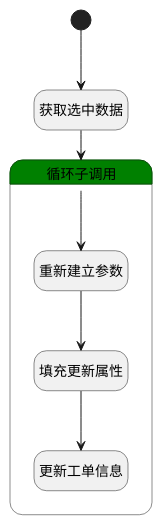
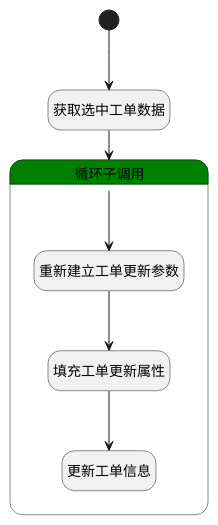
One commit to iBizLab/plm changed the diagram in doc/docsify/module/ProdMgmt/customer/logic/customer_choose_ticket.md. Above: the diagram before and after it, drawn with PlantUML. The commit also changed other lines of this file and 1068 other files, not shown here.

````diff
--- a/doc/docsify/module/ProdMgmt/customer/logic/customer_choose_ticket.md
+++ b/doc/docsify/module/ProdMgmt/customer/logic/customer_choose_ticket.md
@@ -7,28 +7,28 @@
 ```plantuml
 @startuml
 hide empty description
 <style>
 root {
   HyperlinkColor #42b983
 }
 </style>
 
 hide empty description
 state "开始" as Begin <<start>> [[$./customer_choose_ticket#begin {"开始"}]]
-state "获取选中数据" as PREPAREPARAM1  [[$./customer_choose_ticket#prepareparam1 {"获取选中数据"}]]
+state "获取选中工单数据" as PREPAREPARAM1  [[$./customer_choose_ticket#prepareparam1 {"获取选中工单数据"}]]
 state "循环子调用" as LOOPSUBCALL1  [[$./customer_choose_ticket#loopsubcall1 {"循环子调用"}]] #green {
-state "重新建立参数" as RENEWPARAM1  [[$./customer_choose_ticket#renewparam1 {"重新建立参数"}]]
-state "填充更新属性" as PREPAREPARAM2  [[$./customer_choose_ticket#prepareparam2 {"填充更新属性"}]]
+state "重新建立工单更新参数" as RENEWPARAM1  [[$./customer_choose_ticket#renewparam1 {"重新建立工单更新参数"}]]
+state "填充工单更新属性" as PREPAREPARAM2  [[$./customer_choose_ticket#prepareparam2 {"填充工单更新属性"}]]
 state "更新工单信息" as DEACTION1  [[$./customer_choose_ticket#deaction1 {"更新工单信息"}]]
 }
 
 
 Begin --> PREPAREPARAM1
 PREPAREPARAM1 --> LOOPSUBCALL1
 LOOPSUBCALL1 --> RENEWPARAM1
 RENEWPARAM1 --> PREPAREPARAM2
 PREPAREPARAM2 --> DEACTION1
 
 
 @enduml
 ```
````
